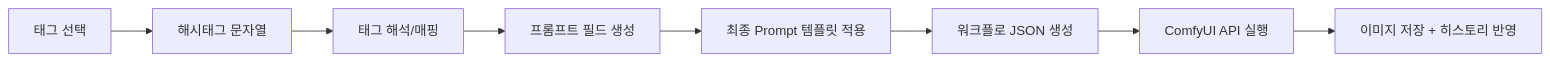
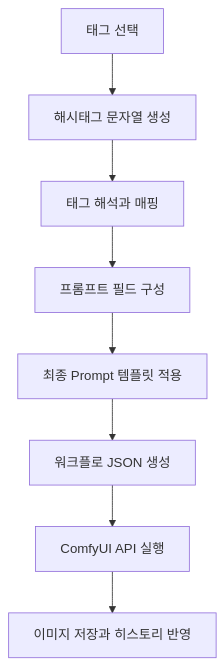
One commit to yhc509/yhc509.github.io changed the diagram in content/posts/agentic/character-forge.md. Above: the diagram before and after it, drawn with Mermaid. The commit also changed 21 other files, not shown here.

First line of the commit message:
feat(blog): add mermaid support and expand agentic posts

````diff
--- a/content/posts/agentic/character-forge.md
+++ b/content/posts/agentic/character-forge.md
@@ -52,10 +52,10 @@
 ```mermaid
-flowchart LR
-    A[태그 선택] --> B[해시태그 문자열]
-    B --> C[태그 해석/매핑]
-    C --> D[프롬프트 필드 생성]
+flowchart TD
+    A[태그 선택] --> B[해시태그 문자열 생성]
+    B --> C[태그 해석과 매핑]
+    C --> D[프롬프트 필드 구성]
     D --> E[최종 Prompt 템플릿 적용]
     E --> F[워크플로 JSON 생성]
     F --> G[ComfyUI API 실행]
-    G --> H[이미지 저장 + 히스토리 반영]
+    G --> H[이미지 저장과 히스토리 반영]
 ```
````
